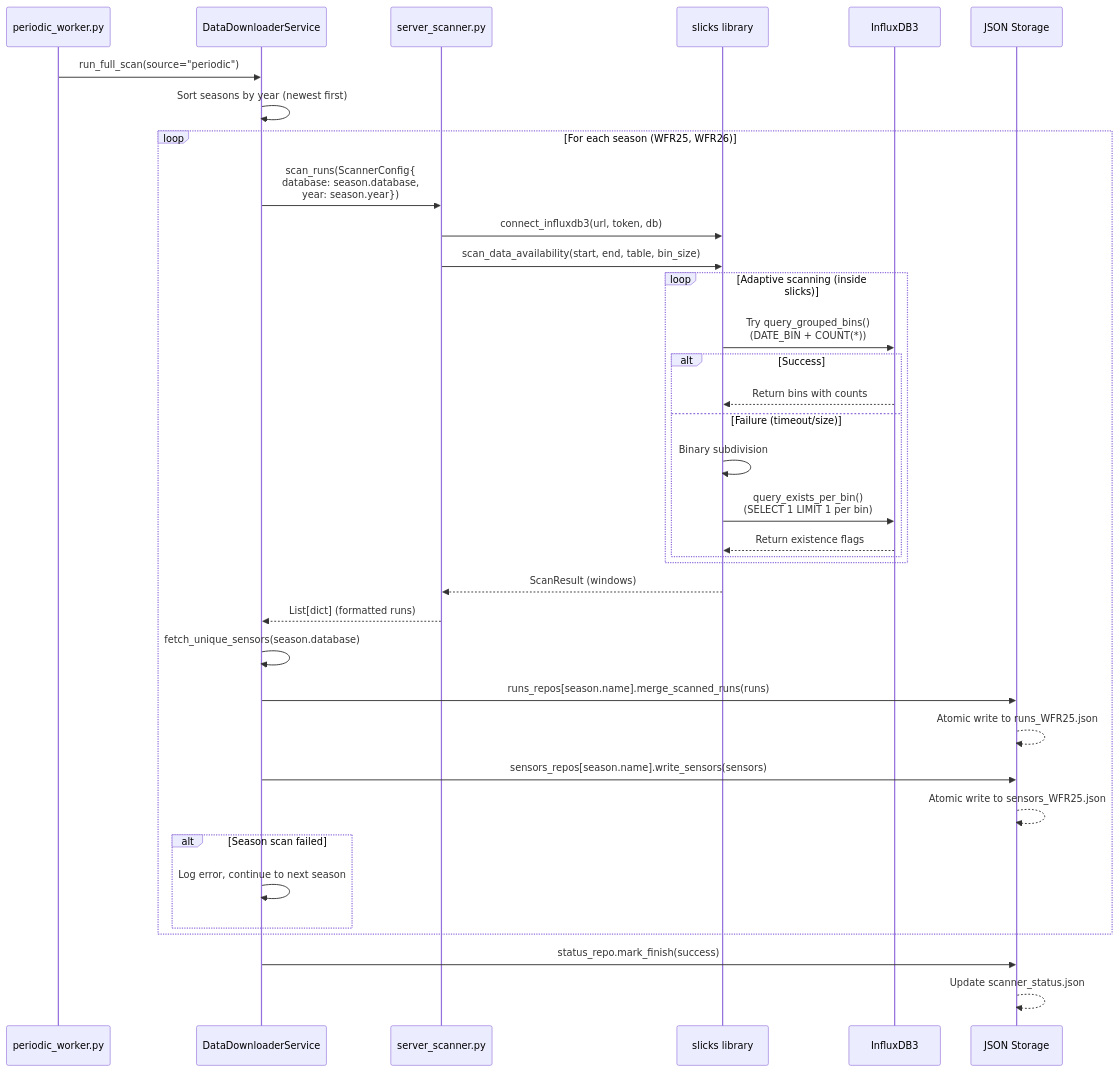
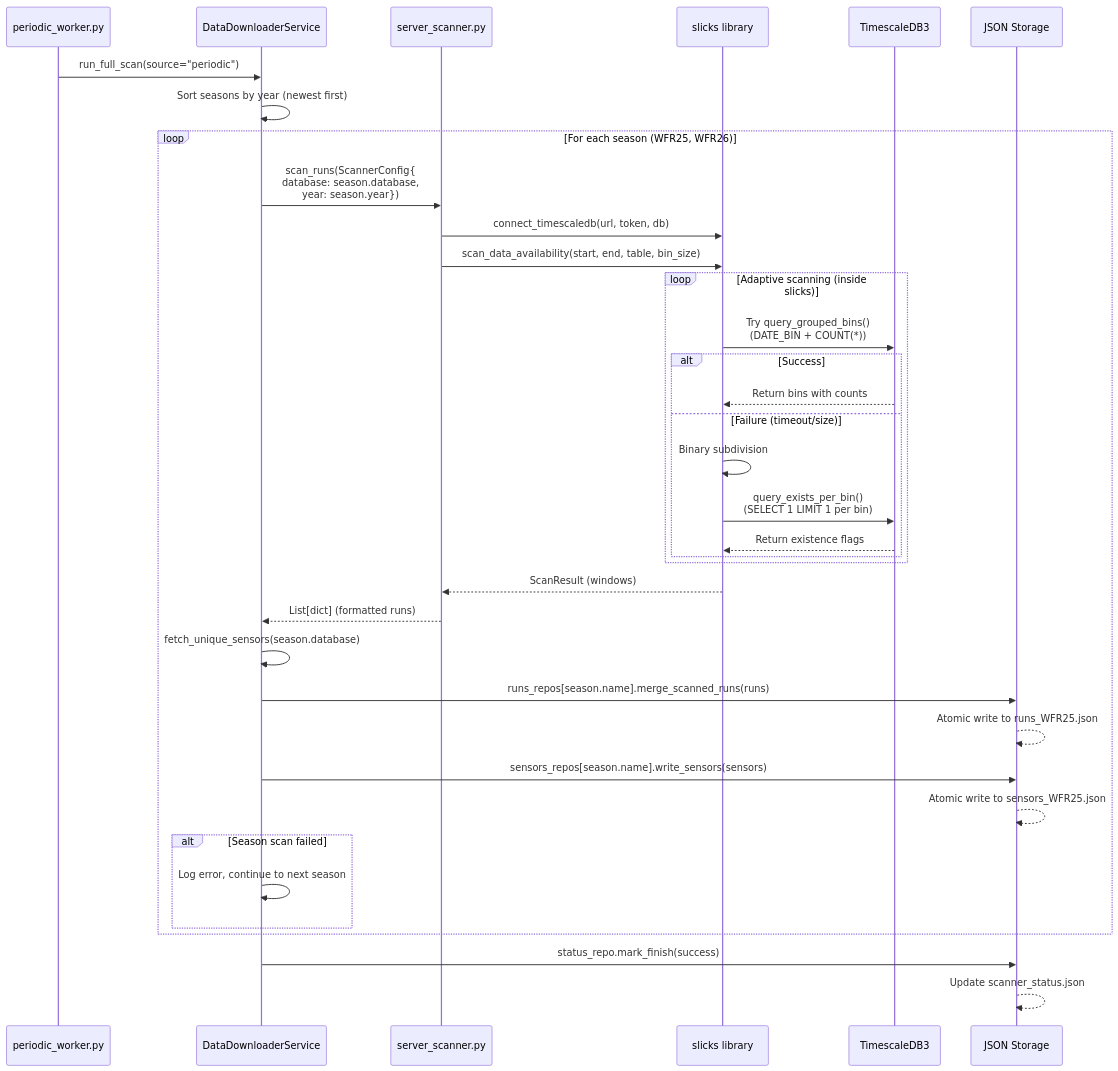
Before and after one commit to Western-Formula-Racing/daq-server-components: the diagram in installer/data-downloader/README.md, drawn with Mermaid. The commit also changed other lines of this file and 42 other files, not shown here.

First line of the commit message:
Influx -> Timescale DB

````diff
--- a/installer/data-downloader/README.md
+++ b/installer/data-downloader/README.md
@@ -24,45 +24,45 @@
 ```mermaid
 sequenceDiagram
     participant Worker as periodic_worker.py
     participant Service as DataDownloaderService
     participant Scanner as server_scanner.py
     participant Slicks as slicks library
-    participant InfluxDB as InfluxDB3
+    participant TimescaleDB as TimescaleDB3
     participant Storage as JSON Storage
 
     Worker->>Service: run_full_scan(source="periodic")
     Service->>Service: Sort seasons by year (newest first)
 
     loop For each season (WFR25, WFR26)
         Service->>Scanner: scan_runs(ScannerConfig{<br/>database: season.database,<br/>year: season.year})
-        Scanner->>Slicks: connect_influxdb3(url, token, db)
+        Scanner->>Slicks: connect_timescaledb(url, token, db)
         Scanner->>Slicks: scan_data_availability(start, end, table, bin_size)
 
         loop Adaptive scanning (inside slicks)
-            Slicks->>InfluxDB: Try query_grouped_bins()<br/>(DATE_BIN + COUNT(*))
+            Slicks->>TimescaleDB: Try query_grouped_bins()<br/>(DATE_BIN + COUNT(*))
             alt Success
-                InfluxDB-->>Slicks: Return bins with counts
+                TimescaleDB-->>Slicks: Return bins with counts
             else Failure (timeout/size)
                 Slicks->>Slicks: Binary subdivision
-                Slicks->>InfluxDB: query_exists_per_bin()<br/>(SELECT 1 LIMIT 1 per bin)
-                InfluxDB-->>Slicks: Return existence flags
+                Slicks->>TimescaleDB: query_exists_per_bin()<br/>(SELECT 1 LIMIT 1 per bin)
+                TimescaleDB-->>Slicks: Return existence flags
             end
         end
 
         Slicks-->>Scanner: ScanResult (windows)
         Scanner-->>Service: List[dict] (formatted runs)
 
         Service->>Service: fetch_unique_sensors(season.database)
         Service->>Storage: runs_repos[season.name].merge_scanned_runs(runs)
         Storage-->>Storage: Atomic write to runs_WFR25.json
         Service->>Storage: sensors_repos[season.name].write_sensors(sensors)
         Storage-->>Storage: Atomic write to sensors_WFR25.json
 
         alt Season scan failed
             Service->>Service: Log error, continue to next season
         end
     end
 
     Service->>Storage: status_repo.mark_finish(success)
     Storage-->>Storage: Update scanner_status.json
 ```
````
